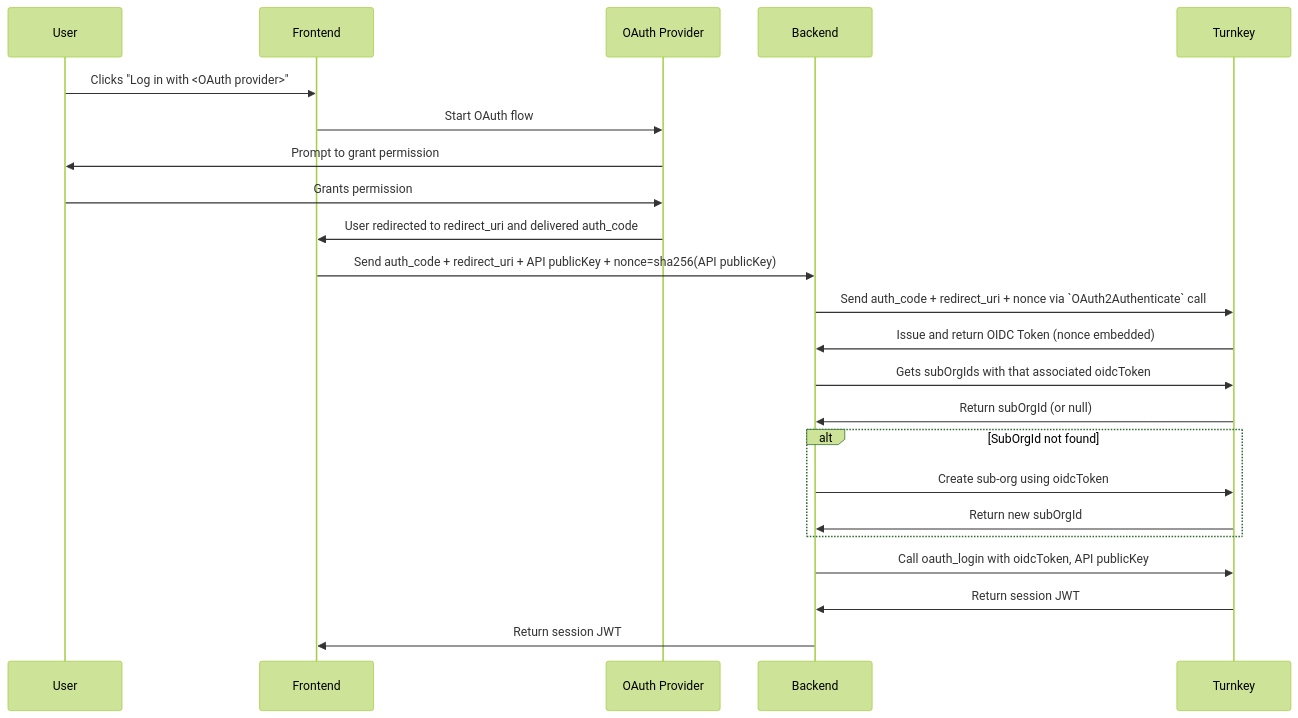
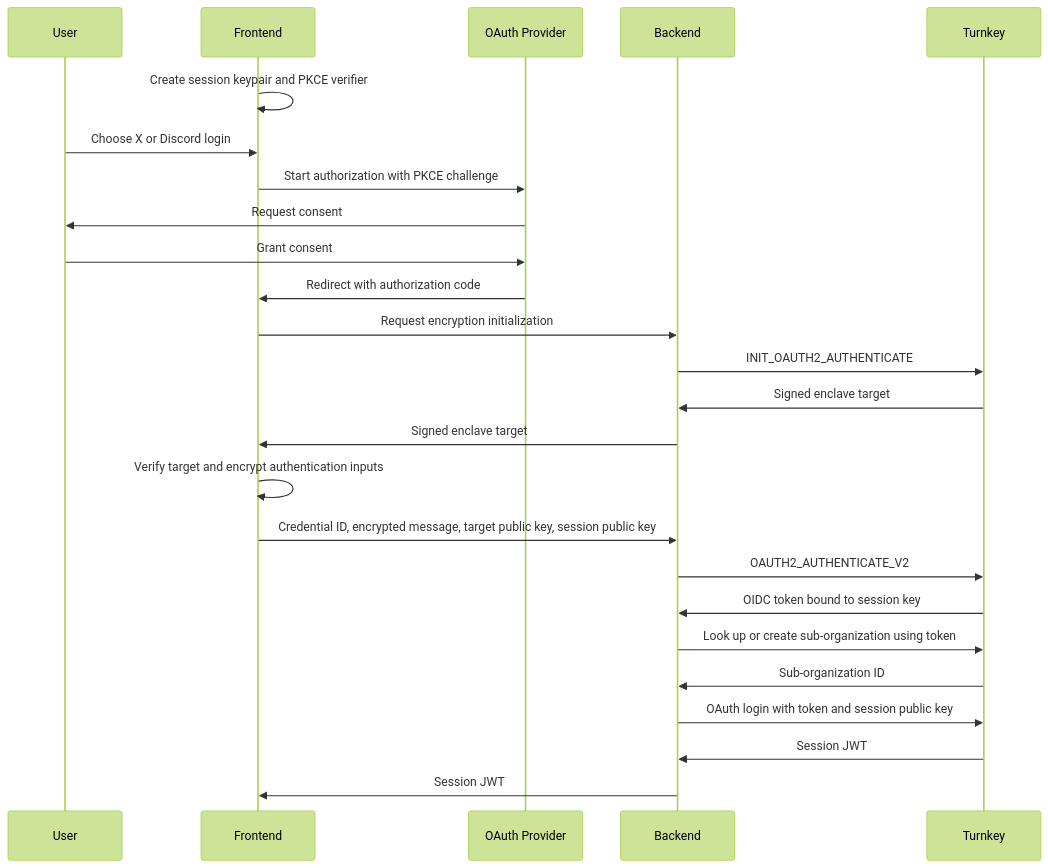
The second of 2 diagrams in features/authentication/social-logins.mdx (tkhq/docs), drawn with Mermaid (forest theme) before and after one commit. The commit also changed other lines of this file and 9 other files, not shown here.

````diff
--- a/features/authentication/social-logins.mdx
+++ b/features/authentication/social-logins.mdx
@@ -103,26 +103,28 @@
 ```mermaid
 sequenceDiagram
     participant User
     participant Frontend
-    participant OAuth Provider
+    participant Provider as OAuth Provider
     participant Backend
     participant Turnkey
 
-    User->>Frontend: Clicks "Log in with <OAuth provider>"
-    Frontend->>OAuth Provider: Start OAuth flow
-    OAuth Provider->>User: Prompt to grant permission
-    User->>OAuth Provider: Grants permission
-    OAuth Provider->>Frontend: User redirected to redirect_uri and delivered auth_code
-    Frontend->>Backend: Send auth_code + redirect_uri + API publicKey + nonce=sha256(API publicKey)
-    Backend->>Turnkey: Send auth_code + redirect_uri + nonce via `OAuth2Authenticate` call
-    Turnkey->>Backend: Issue and return OIDC Token (nonce embedded)
-    Backend->>Turnkey: Gets subOrgIds with that associated oidcToken
-    Turnkey->>Backend: Return subOrgId (or null)
-    alt SubOrgId not found
-        Backend->>Turnkey: Create sub-org using oidcToken
-        Turnkey->>Backend: Return new subOrgId
-    end
-    Backend->>Turnkey: Call oauth_login with oidcToken, API publicKey
-    Turnkey->>Backend: Return session JWT
-    Backend->>Frontend: Return session JWT
+    Frontend->>Frontend: Create session keypair and PKCE verifier
+    User->>Frontend: Choose X or Discord login
+    Frontend->>Provider: Start authorization with PKCE challenge
+    Provider->>User: Request consent
+    User->>Provider: Grant consent
+    Provider->>Frontend: Redirect with authorization code
+    Frontend->>Backend: Request encryption initialization
+    Backend->>Turnkey: INIT_OAUTH2_AUTHENTICATE
+    Turnkey->>Backend: Signed enclave target
+    Backend->>Frontend: Signed enclave target
+    Frontend->>Frontend: Verify target and encrypt authentication inputs
+    Frontend->>Backend: Credential ID, encrypted message, target public key, session public key
+    Backend->>Turnkey: OAUTH2_AUTHENTICATE_V2
+    Turnkey->>Backend: OIDC token bound to session key
+    Backend->>Turnkey: Look up or create sub-organization using token
+    Turnkey->>Backend: Sub-organization ID
+    Backend->>Turnkey: OAuth login with token and session public key
+    Turnkey->>Backend: Session JWT
+    Backend->>Frontend: Session JWT
 ```
````
